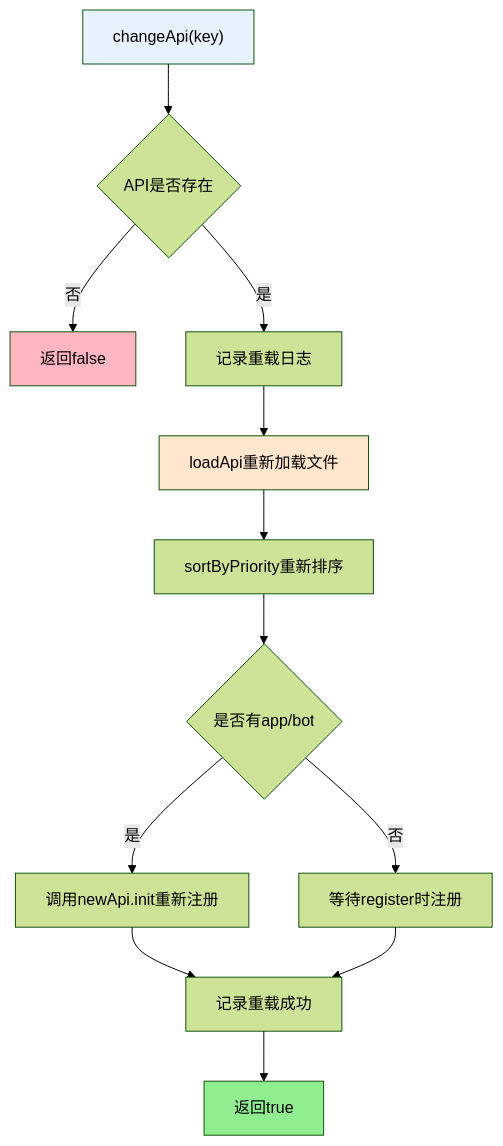
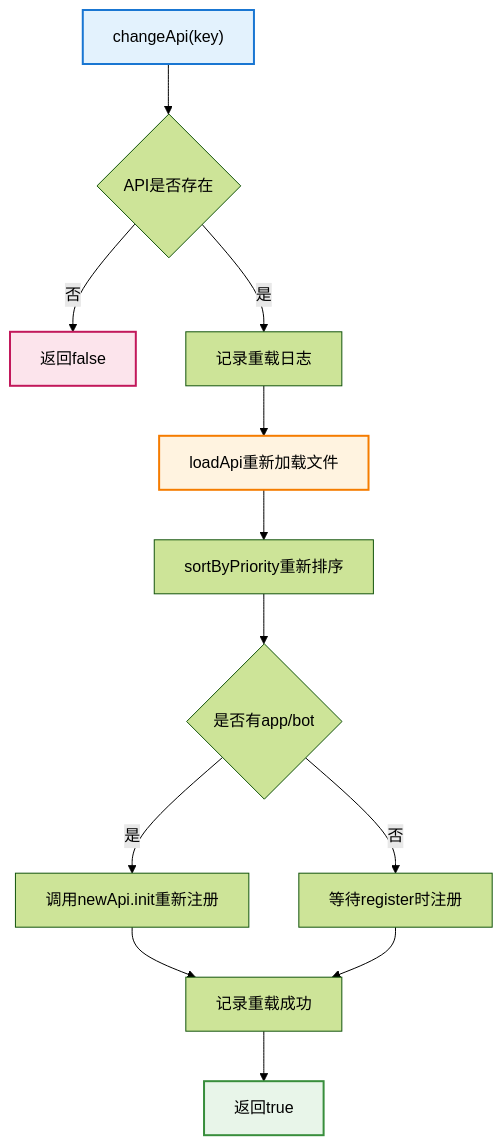
Before and after one commit to sunflowermm/XRK-AGT: the third of 4 diagrams in docs/api-loader.md, drawn with Mermaid (forest theme). The commit also changed other lines of this file and 6 other files, not shown here.

````diff
--- a/docs/api-loader.md
+++ b/docs/api-loader.md
@@ -127,19 +137,19 @@
 ```mermaid
 flowchart TB
     A["changeApi(key)"] --> B{"API是否存在"}
     B -->|否| C["返回false"]
     B -->|是| D["记录重载日志"]
     D --> E["loadApi重新加载文件"]
     E --> F["sortByPriority重新排序"]
     F --> G{"是否有app/bot"}
     G -->|是| H["调用newApi.init重新注册"]
     G -->|否| I["等待register时注册"]
     H --> J["记录重载成功"]
     I --> J
     J --> K["返回true"]
     
-    style A fill:#E6F3FF
-    style E fill:#FFE6CC
-    style K fill:#90EE90
-    style C fill:#FFB6C1
+    style A fill:#E3F2FD,stroke:#1976D2,stroke-width:2px
+    style E fill:#FFF3E0,stroke:#F57C00,stroke-width:2px
+    style K fill:#E8F5E9,stroke:#388E3C,stroke-width:2px
+    style C fill:#FCE4EC,stroke:#C2185B,stroke-width:2px
 ```
````
